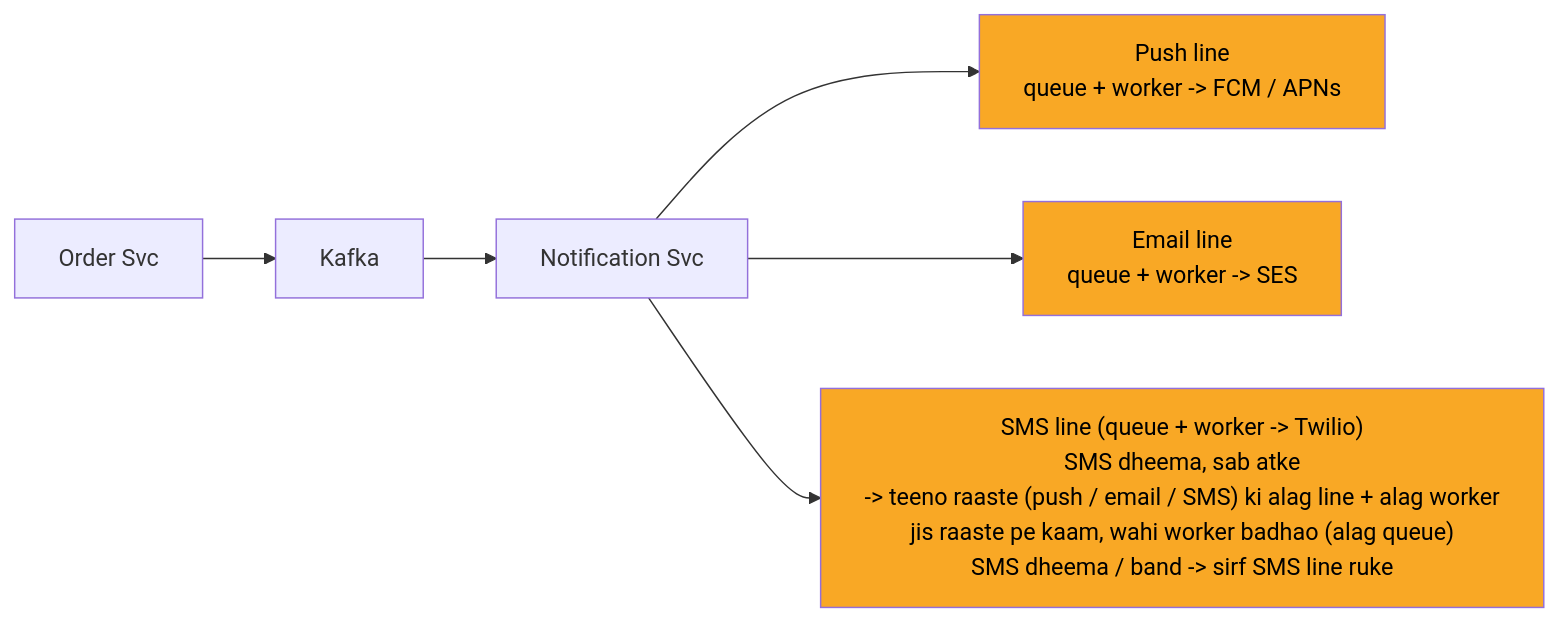
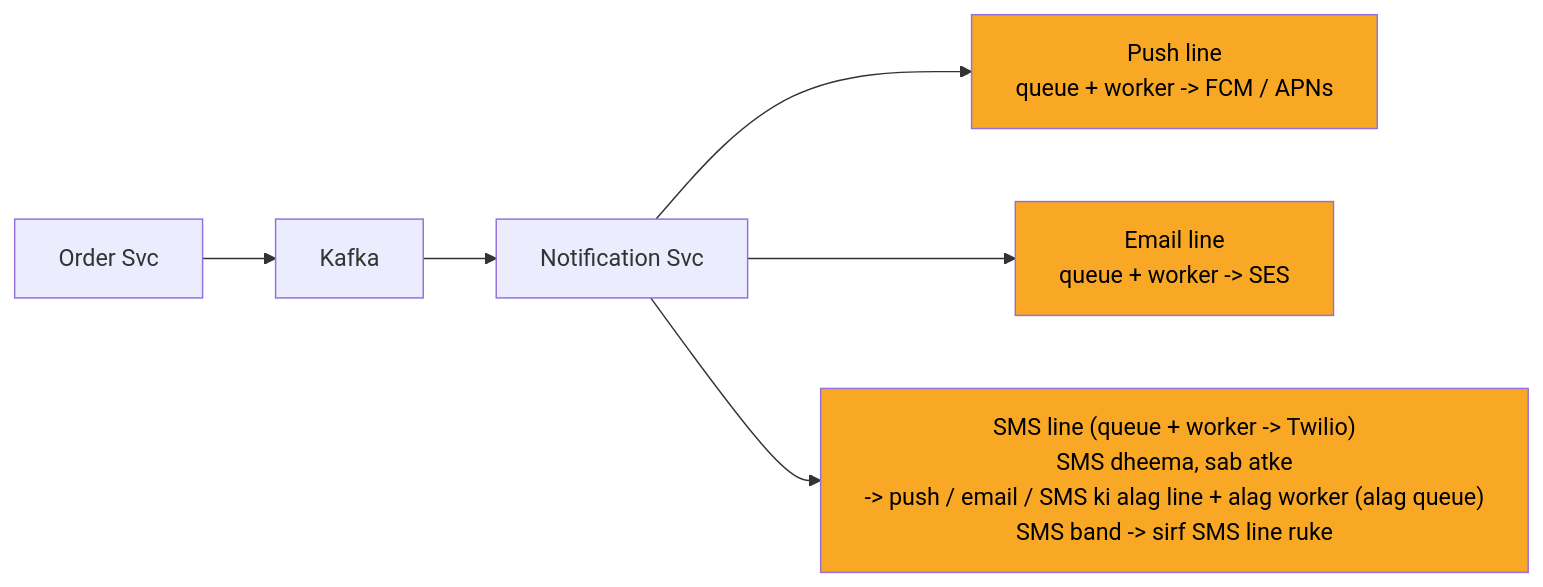
The diagram in 04_HLD/SYSTEM_DESIGNS/04_notification_system/img/c2.mmd (ArpanMaheshwari144/Prep), drawn with Mermaid before and after one commit. The commit also changed 47 other files, not shown here.

```diff
--- a/04_HLD/SYSTEM_DESIGNS/04_notification_system/img/c2.mmd
+++ b/04_HLD/SYSTEM_DESIGNS/04_notification_system/img/c2.mmd
@@ -1,16 +1,16 @@
 %%{init: {"flowchart": {"wrappingWidth": 450}}}%%
 flowchart LR
     n_Order_Svc["Order Svc"]
     n_Kafka["Kafka"]
     n_Notification_Svc["Notification Svc"]
     n_PUSH["Push line<br/>queue + worker -> FCM / APNs"]
     n_EMAIL["Email line<br/>queue + worker -> SES"]
-    n_SMSL["SMS line (queue + worker -> Twilio)<br/>SMS dheema, sab atke<br/>-> teeno raaste (push / email / SMS) ki alag line + alag worker<br/>jis raaste pe kaam, wahi worker badhao (alag queue)<br/>SMS dheema / band -> sirf SMS line ruke"]
+    n_SMSL["SMS line (queue + worker -> Twilio)<br/>SMS dheema, sab atke<br/>-> push / email / SMS ki alag line + alag worker (alag queue)<br/>SMS band -> sirf SMS line ruke"]
     n_Order_Svc --> n_Kafka
     n_Kafka --> n_Notification_Svc
     n_Notification_Svc --> n_PUSH
     n_Notification_Svc --> n_EMAIL
     n_Notification_Svc --> n_SMSL
     style n_PUSH fill:#f9a825,color:#000
     style n_EMAIL fill:#f9a825,color:#000
     style n_SMSL fill:#f9a825,color:#000
```
